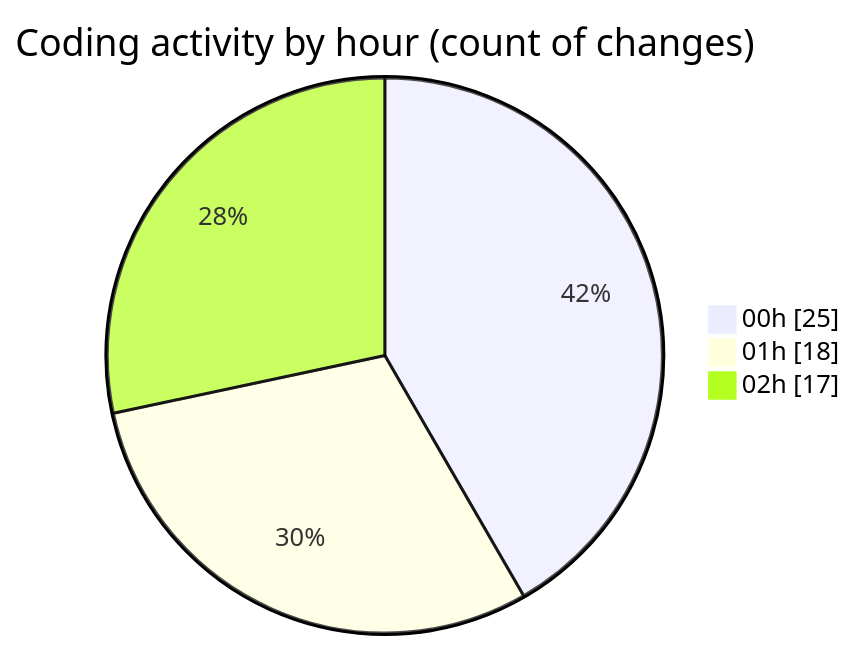
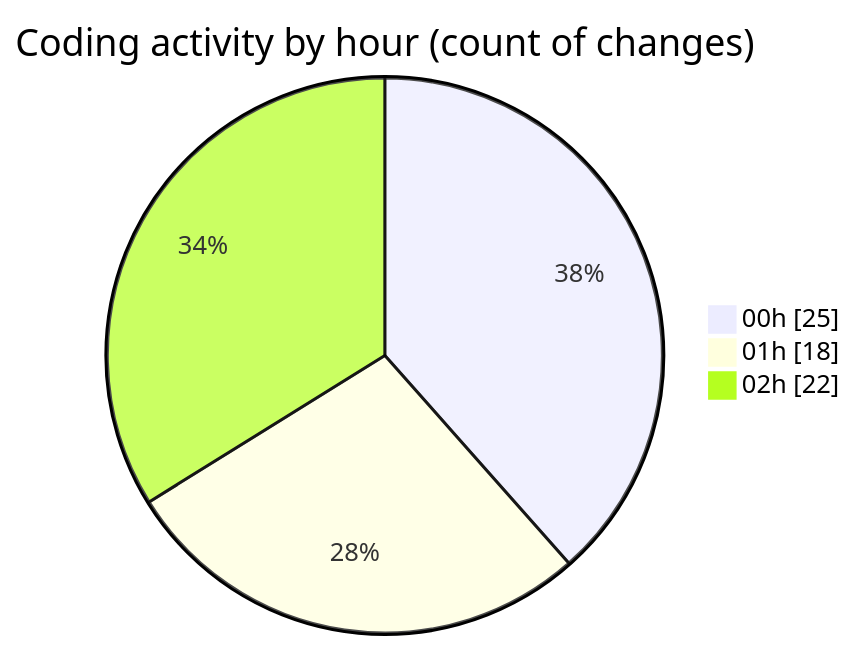
The second of 2 diagrams in 2025-07-18/ribbon/README.md (EIIisD/code-tracking), drawn with Mermaid before and after one commit. The commit also changed other lines of this file and 1 other file, not shown here.

````diff
--- a/2025-07-18/ribbon/README.md
+++ b/2025-07-18/ribbon/README.md
@@ -37,7 +37,7 @@
 ```mermaid
 pie showData
 title Coding activity by hour (count of changes)
 "00h" : 25
 "01h" : 18
-"02h" : 17
+"02h" : 22
 ```
````
